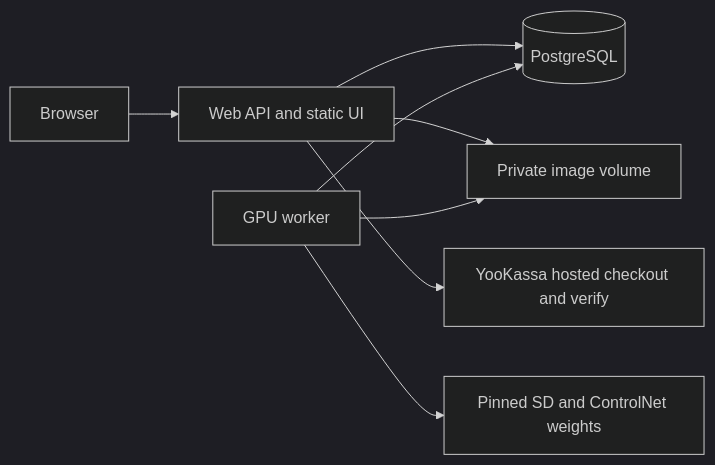
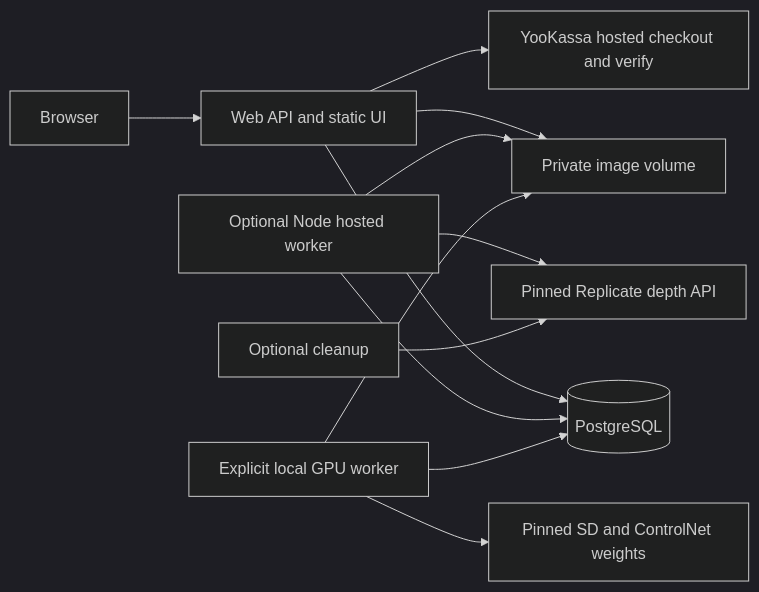
The diagram in projects/08-interior-ai-redesign/docs/Architecture.md (djd1m/2026-AUG-PU-Projects), drawn with Mermaid (dark theme) before and after one commit. The commit also changed other lines of this file and 28 other files, not shown here.

````diff
--- a/projects/08-interior-ai-redesign/docs/Architecture.md
+++ b/projects/08-interior-ai-redesign/docs/Architecture.md
@@ -8,10 +10,14 @@
 ```mermaid
 flowchart LR
   U[Browser] --> W[Web API and static UI]
   W --> P[(PostgreSQL)]
   W --> F[Private image volume]
-  G[GPU worker] --> P
+  H[Optional Node hosted worker] --> P
+  H --> F
+  H --> R[Pinned Replicate depth API]
+  C[Optional cleanup] --> R
+  G[Explicit local GPU worker] --> P
   G --> F
   G --> M[Pinned SD and ControlNet weights]
   W --> K[YooKassa hosted checkout and verify]
 ```
````
